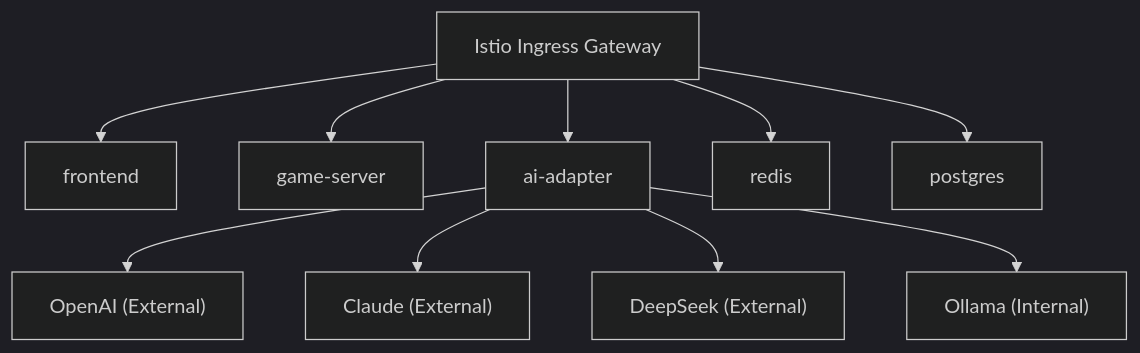
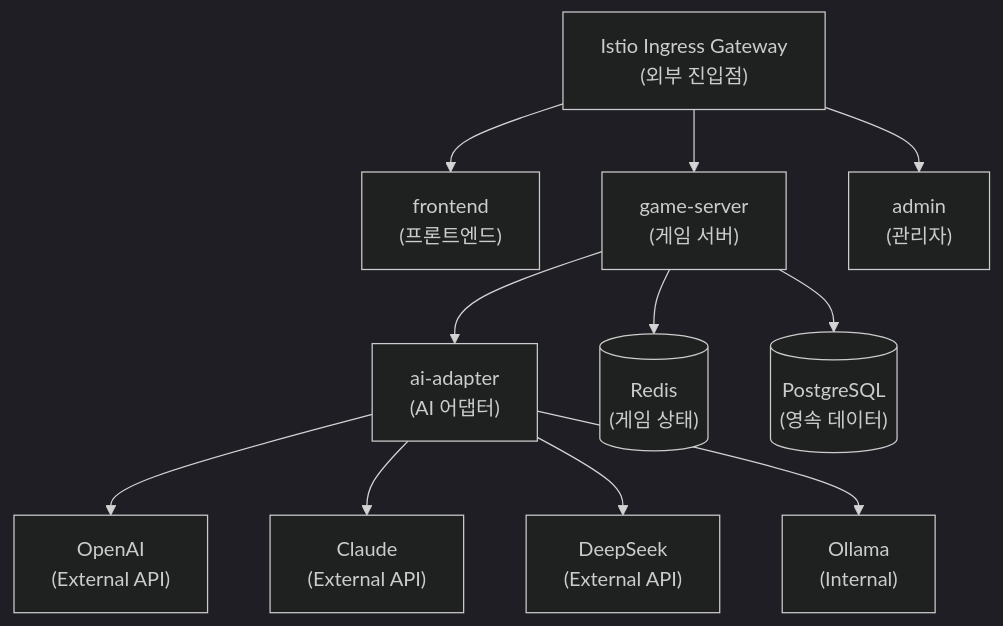
One commit to k82022603/RummiArena changed the fifth of 6 diagrams in docs/01-planning/04-tool-chain.md. Above: the diagram before and after it, drawn with Mermaid (dark theme). The commit also changed other lines of this file and 9 other files, not shown here.

````diff
--- a/docs/01-planning/04-tool-chain.md
+++ b/docs/01-planning/04-tool-chain.md
@@ -129,13 +179,16 @@
 ```mermaid
 graph TB
-    IGW["Istio Ingress Gateway"]
-    IGW --> FE["frontend"]
-    IGW --> GS["game-server"]
-    IGW --> AI["ai-adapter"]
-    AI --> OpenAI["OpenAI (External)"]
-    AI --> Claude["Claude (External)"]
-    AI --> DeepSeek["DeepSeek (External)"]
-    AI --> Ollama["Ollama (Internal)"]
-    IGW --> Redis["redis"]
-    IGW --> PG["postgres"]
+    IGW["Istio Ingress Gateway\n(외부 진입점)"]
+    IGW --> FE["frontend\n(프론트엔드)"]
+    IGW --> GS["game-server\n(게임 서버)"]
+    IGW --> Admin["admin\n(관리자)"]
+
+    GS --> AI["ai-adapter\n(AI 어댑터)"]
+    GS --> Redis[("Redis\n(게임 상태)")]
+    GS --> PG[("PostgreSQL\n(영속 데이터)")]
+
+    AI --> OpenAI["OpenAI\n(External API)"]
+    AI --> Claude["Claude\n(External API)"]
+    AI --> DeepSeek["DeepSeek\n(External API)"]
+    AI --> Ollama["Ollama\n(Internal)"]
 ```
````
